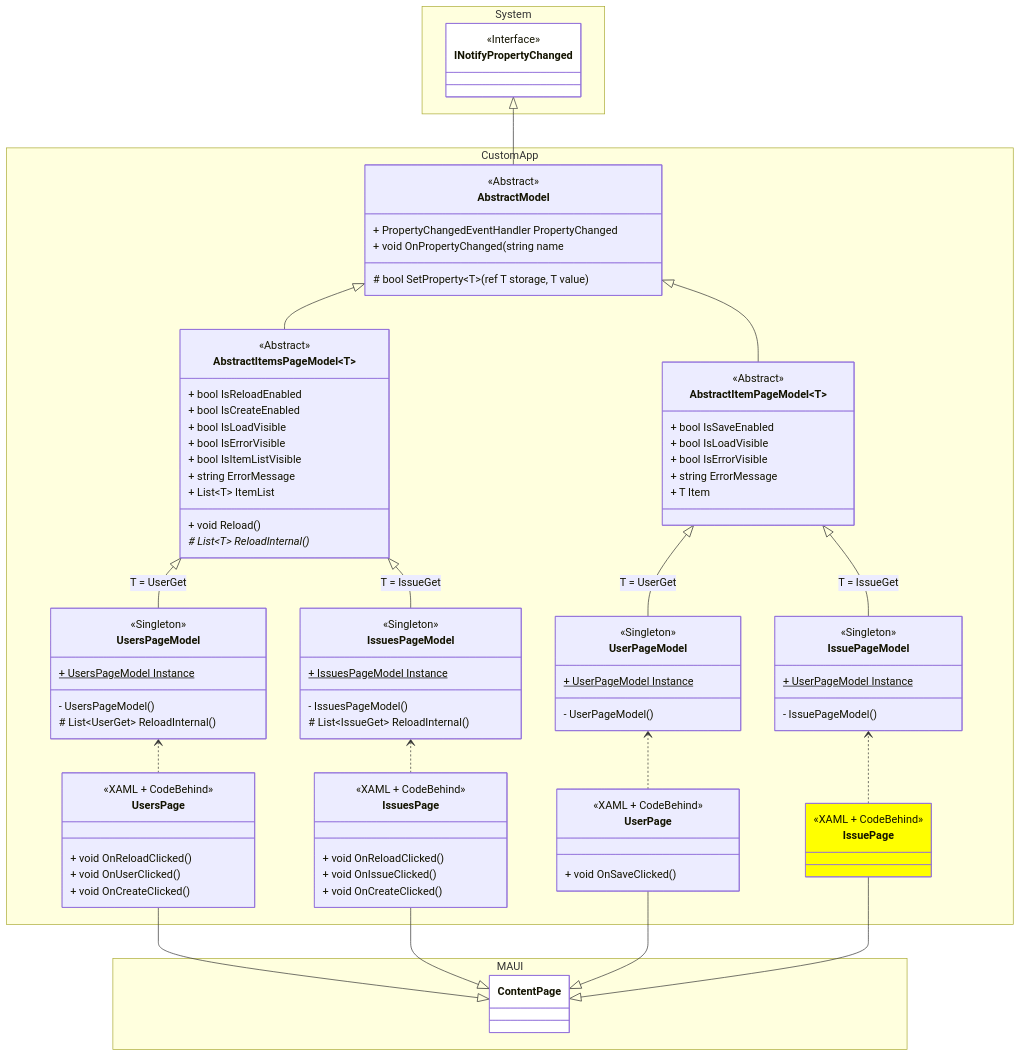
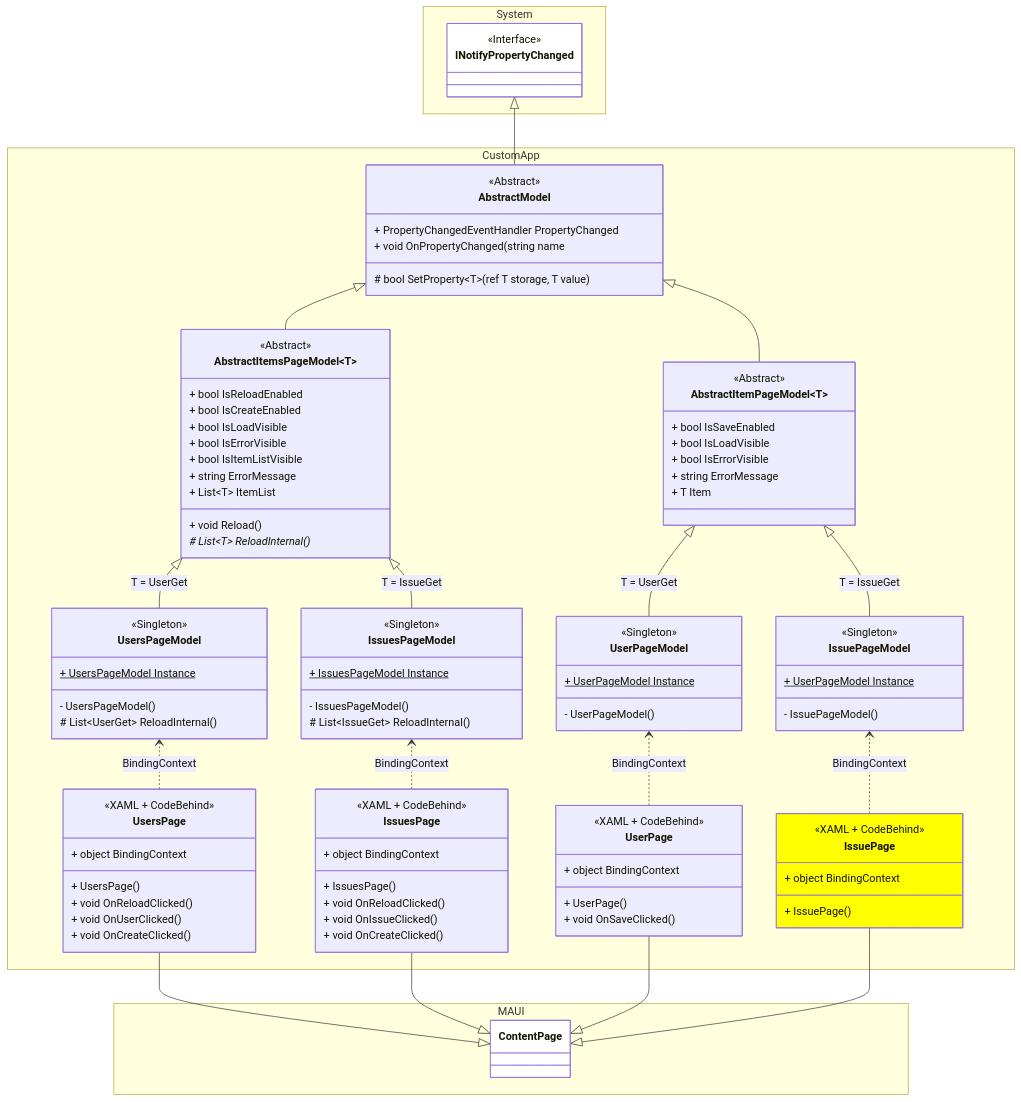
The diagram in Models/Page/Issue.mmd (ghackenberg/csharp-maui-aspnet-sample), drawn with Mermaid before and after one commit. The commit also changed 18 other files, not shown here.

```diff
--- a/Models/Page/Issue.mmd
+++ b/Models/Page/Issue.mmd
@@ -1,119 +1,127 @@
 classDiagram
 
     direction BT
 
     namespace MAUI {
         class ContentPage {
 
         }
     }
 
     namespace CustomApp {
         
         class UsersPage {
             <<XAML + CodeBehind>>
+            + object BindingContext
+            + UsersPage()
             + void OnReloadClicked()
             + void OnUserClicked()
             + void OnCreateClicked()
         }
         class IssuesPage {
             <<XAML + CodeBehind>>
+            + IssuesPage()
+            + object BindingContext
             + void OnReloadClicked()
             + void OnIssueClicked()
             + void OnCreateClicked()
         }
         class UserPage {
             <<XAML + CodeBehind>>
+            + UserPage()
+            + object BindingContext
             + void OnSaveClicked()
         }
         class IssuePage {
             <<XAML + CodeBehind>>
+            + IssuePage()
+            + object BindingContext
         }
 
         class UsersPageModel {
             <<Singleton>>
             + UsersPageModel Instance $
             - UsersPageModel()
             # List~UserGet~ ReloadInternal()
         }
         class IssuesPageModel {
             <<Singleton>>
             + IssuesPageModel Instance $
             - IssuesPageModel()
             # List~IssueGet~ ReloadInternal()
         }
 
         class UserPageModel {
             <<Singleton>>
             + UserPageModel Instance $
             - UserPageModel()
         }
         class IssuePageModel {
             <<Singleton>>
             + UserPageModel Instance $
             - IssuePageModel()
         }
 
         class AbstractItemsPageModel~T~ {
             <<Abstract>>
             + bool IsReloadEnabled
             + bool IsCreateEnabled
             + bool IsLoadVisible
             + bool IsErrorVisible
             + bool IsItemListVisible
             + string ErrorMessage
             + List~T~ ItemList
             + void Reload()
             # List~T~ ReloadInternal() *
         }
         class AbstractItemPageModel~T~ {
             <<Abstract>>
             + bool IsSaveEnabled
             + bool IsLoadVisible
             + bool IsErrorVisible
             + string ErrorMessage
             + T Item
         }
 
         class AbstractModel {
             <<Abstract>>
             + PropertyChangedEventHandler PropertyChanged
             # bool SetProperty~T~(ref T storage, T value)
             + void OnPropertyChanged(string name
         }
 
     }
 
     namespace System {
         
         class INotifyPropertyChanged {
             <<Interface>>
         }
 
     }
 
     ContentPage <|-- UsersPage
     ContentPage <|-- UserPage
     ContentPage <|-- IssuesPage
     ContentPage <|-- IssuePage
 
-    UsersPage ..> UsersPageModel
-    IssuesPage ..> IssuesPageModel
+    UsersPage ..> UsersPageModel : BindingContext
+    IssuesPage ..> IssuesPageModel : BindingContext
 
-    UserPage ..> UserPageModel 
-    IssuePage ..> IssuePageModel
+    UserPage ..> UserPageModel  : BindingContext
+    IssuePage ..> IssuePageModel : BindingContext
 
     UsersPageModel --|> AbstractItemsPageModel : T = UserGet
     IssuesPageModel --|> AbstractItemsPageModel : T = IssueGet
 
     UserPageModel --|> AbstractItemPageModel : T = UserGet
     IssuePageModel --|> AbstractItemPageModel : T = IssueGet
 
     AbstractItemsPageModel --|> AbstractModel
     AbstractItemPageModel --|> AbstractModel
 
     AbstractModel --|> INotifyPropertyChanged
 
     style ContentPage fill:white
     style IssuePage fill:yellow
     style INotifyPropertyChanged fill:white
```
